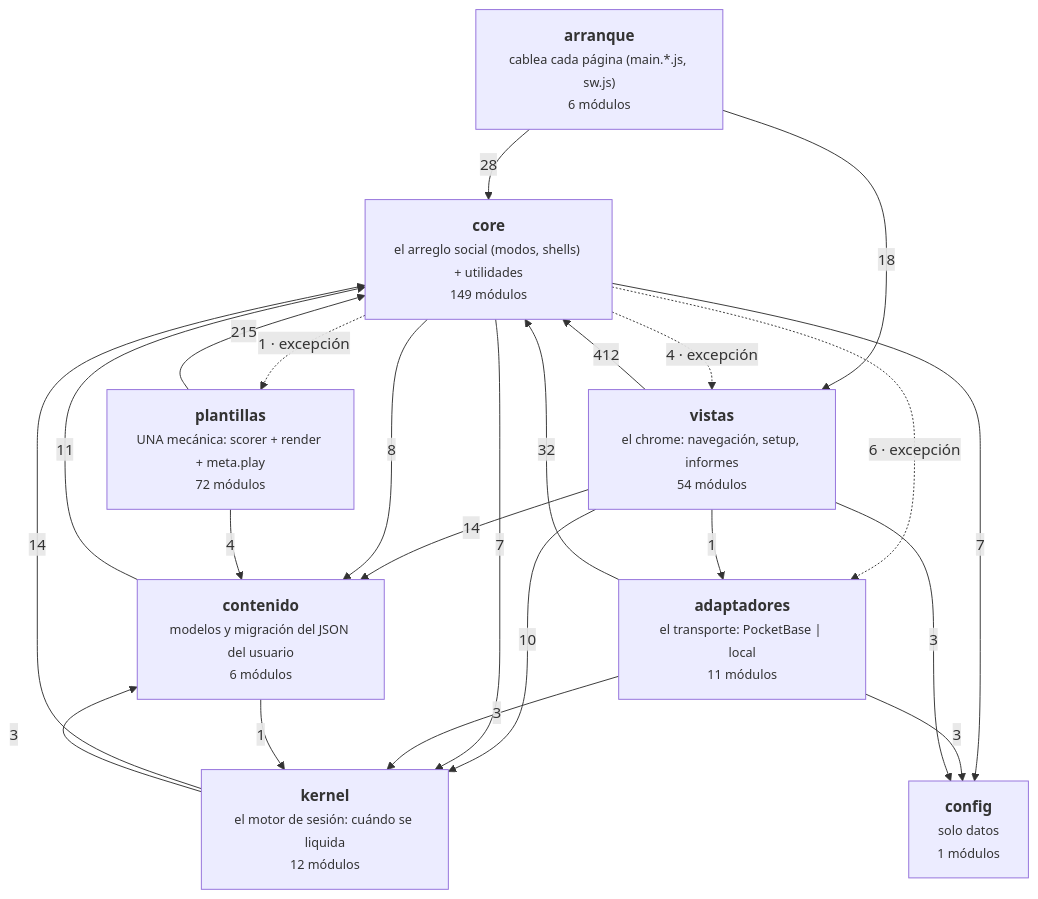
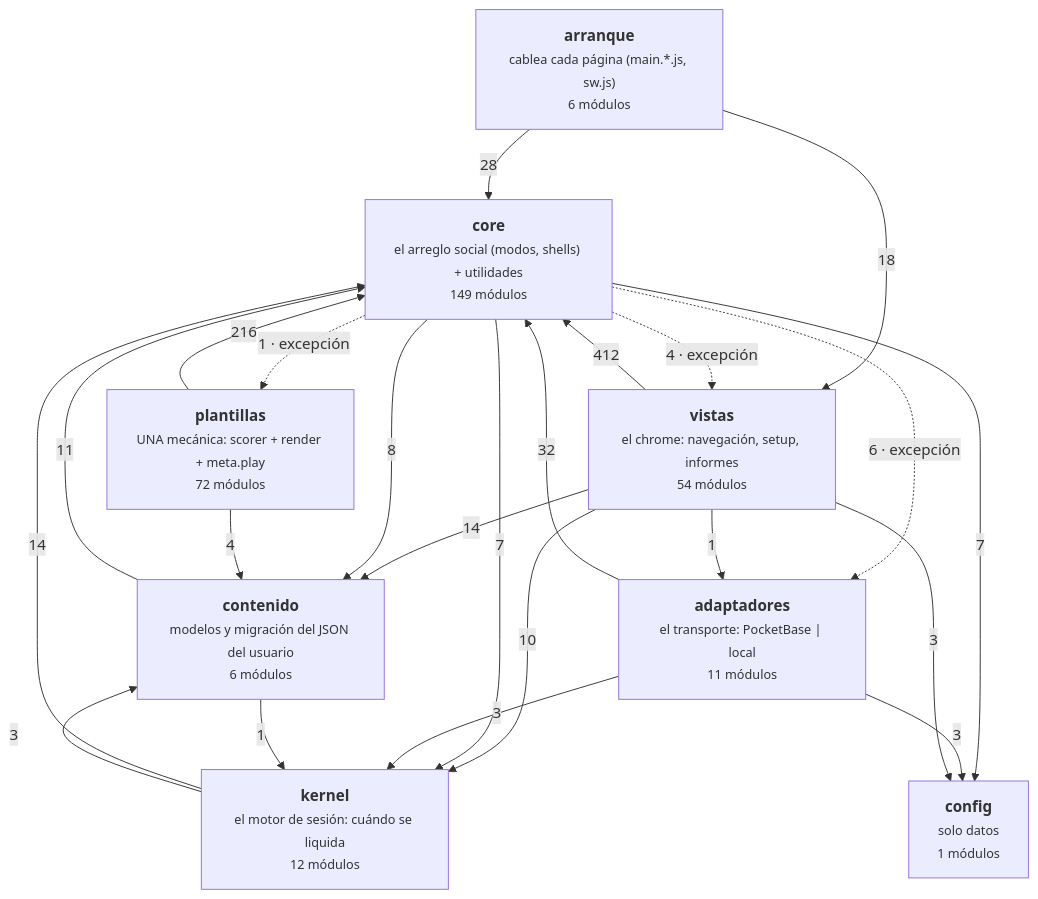
One commit to duecaz/ac changed the diagram in docs/arquitectura-modulos.md. Above: the diagram before and after it, drawn with Mermaid. The commit also changed other lines of this file and 20 other files, not shown here.

````diff
--- a/docs/arquitectura-modulos.md
+++ b/docs/arquitectura-modulos.md
@@ -56,33 +56,33 @@
 ```mermaid
 graph TD
   A["<b>arranque</b><br/><small>cablea cada página (main.*.js, sw.js)</small><br/><small>6 módulos</small>"]
   V["<b>vistas</b><br/><small>el chrome: navegación, setup, informes</small><br/><small>54 módulos</small>"]
   AD["<b>adaptadores</b><br/><small>el transporte: PocketBase | local</small><br/><small>11 módulos</small>"]
   C["<b>core</b><br/><small>el arreglo social (modos, shells) + utilidades</small><br/><small>149 módulos</small>"]
   K["<b>kernel</b><br/><small>el motor de sesión: cuándo se liquida</small><br/><small>12 módulos</small>"]
   T["<b>plantillas</b><br/><small>UNA mecánica: scorer + render + meta.play</small><br/><small>72 módulos</small>"]
   CO["<b>contenido</b><br/><small>modelos y migración del JSON del usuario</small><br/><small>6 módulos</small>"]
   CF["<b>config</b><br/><small>solo datos</small><br/><small>1 módulos</small>"]
   V -->|412| C
-  T -->|215| C
+  T -->|216| C
   AD -->|32| C
   A -->|28| C
   A -->|18| V
   K -->|14| C
   V -->|14| CO
   CO -->|11| C
   V -->|10| K
   C -->|8| CO
   C -->|7| K
   C -->|7| CF
   C -.->|6 · excepción| AD
   C -.->|4 · excepción| V
   T -->|4| CO
   AD -->|3| CF
   AD -->|3| K
   K -->|3| CO
   V -->|3| CF
   C -.->|1 · excepción| T
   CO -->|1| K
   V -->|1| AD
 ```
````
